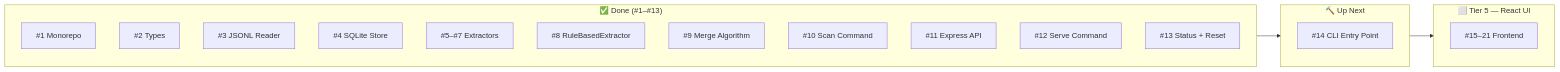
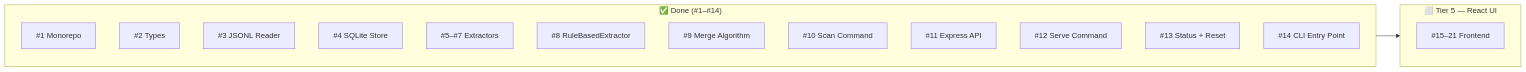
The fourth of 4 diagrams in docs/ARCHITECTURE.md (ZhannaM85/synapse-map), drawn with Mermaid before and after one commit. The commit also changed other lines of this file, not shown here.

Commit message:
docs: update ARCHITECTURE.md for #14

````diff
--- a/docs/ARCHITECTURE.md
+++ b/docs/ARCHITECTURE.md
@@ -349,26 +365,23 @@
 ```mermaid
 flowchart LR
-    subgraph Done ["✅ Done (#1–#13)"]
+    subgraph Done ["✅ Done (#1–#14)"]
         T1["#1 Monorepo"]
         T2["#2 Types"]
         T3["#3 JSONL Reader"]
         T4["#4 SQLite Store"]
         T5["#5–#7 Extractors"]
         T8["#8 RuleBasedExtractor"]
         T9["#9 Merge Algorithm"]
         T10["#10 Scan Command"]
         T11["#11 Express API"]
         T12["#12 Serve Command"]
         T13["#13 Status + Reset"]
-    end
-
-    subgraph Next ["🔨 Up Next"]
         T14["#14 CLI Entry Point"]
     end
 
     subgraph Tier5 ["⬜ Tier 5 — React UI"]
         T15["#15–21 Frontend"]
     end
 
-    Done --> Next --> Tier5
+    Done --> Tier5
 ```
````
